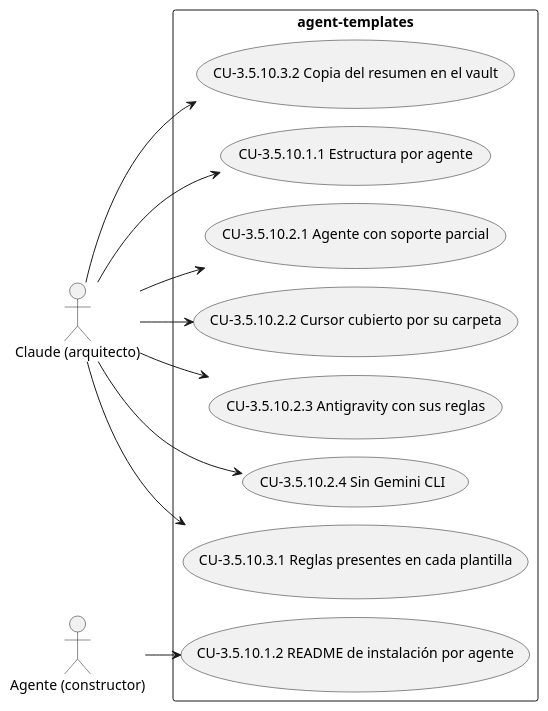
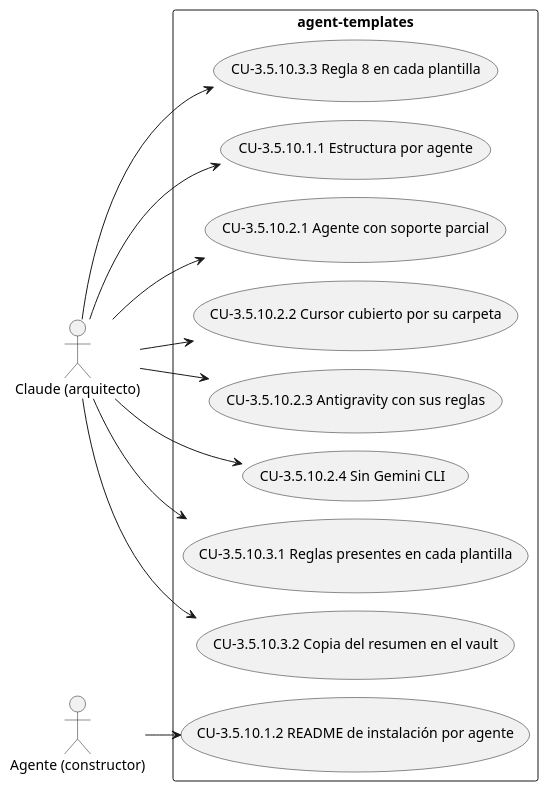
The diagram in docs/diagramas/CAP-3.5.10.puml (Lautaro-Montecchiani/sdd-global-config), drawn with PlantUML before and after one commit. The commit also changed 7 other files, not shown here.

```diff
--- a/docs/diagramas/CAP-3.5.10.puml
+++ b/docs/diagramas/CAP-3.5.10.puml
@@ -1,24 +1,26 @@
 @startuml
 !pragma layout smetana
 left to right direction
 actor "Claude (arquitecto)" as A1
 actor "Agente (constructor)" as A2
 rectangle "agent-templates" {
   usecase "CU-3.5.10.1.1 Estructura por agente" as UC_3_5_10_1_1
   usecase "CU-3.5.10.1.2 README de instalación por agente" as UC_3_5_10_1_2
   usecase "CU-3.5.10.2.1 Agente con soporte parcial" as UC_3_5_10_2_1
   usecase "CU-3.5.10.2.2 Cursor cubierto por su carpeta" as UC_3_5_10_2_2
   usecase "CU-3.5.10.2.3 Antigravity con sus reglas" as UC_3_5_10_2_3
   usecase "CU-3.5.10.2.4 Sin Gemini CLI" as UC_3_5_10_2_4
   usecase "CU-3.5.10.3.1 Reglas presentes en cada plantilla" as UC_3_5_10_3_1
   usecase "CU-3.5.10.3.2 Copia del resumen en el vault" as UC_3_5_10_3_2
+  usecase "CU-3.5.10.3.3 Regla 8 en cada plantilla" as UC_3_5_10_3_3
 }
 A1 --> UC_3_5_10_1_1
 A2 --> UC_3_5_10_1_2
 A1 --> UC_3_5_10_2_1
 A1 --> UC_3_5_10_2_2
 A1 --> UC_3_5_10_2_3
 A1 --> UC_3_5_10_2_4
 A1 --> UC_3_5_10_3_1
 A1 --> UC_3_5_10_3_2
+A1 --> UC_3_5_10_3_3
 @enduml
```
